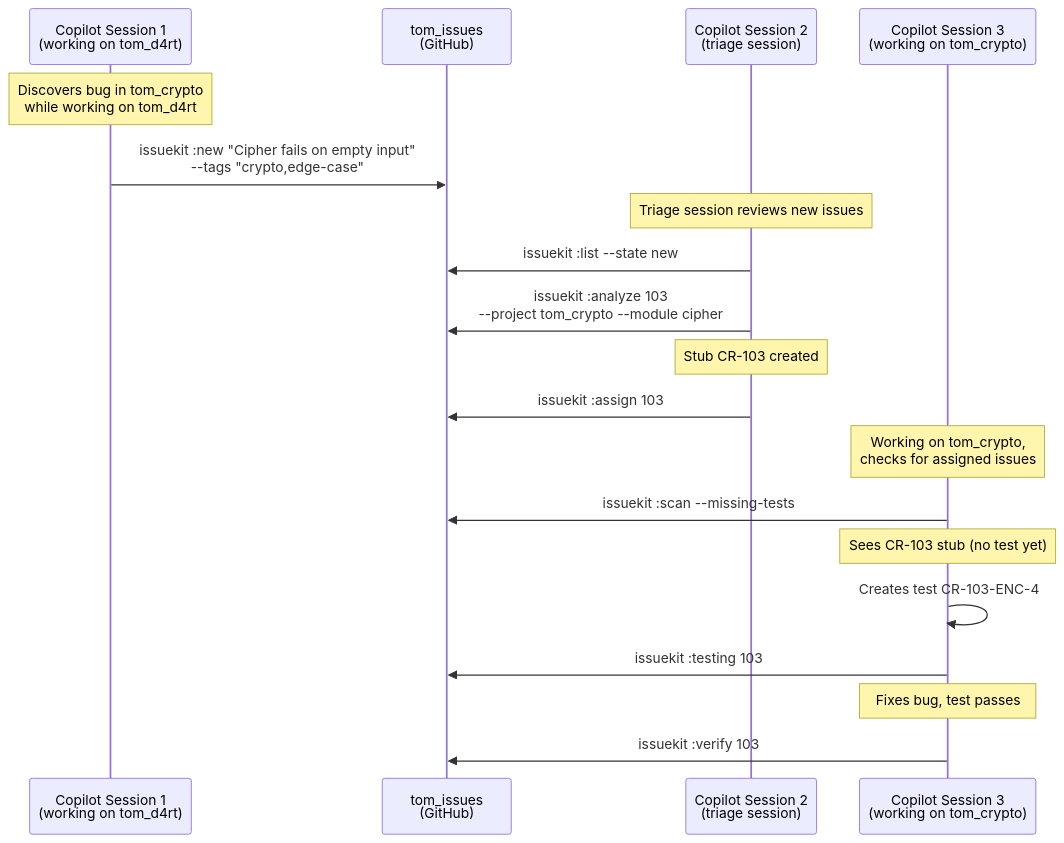
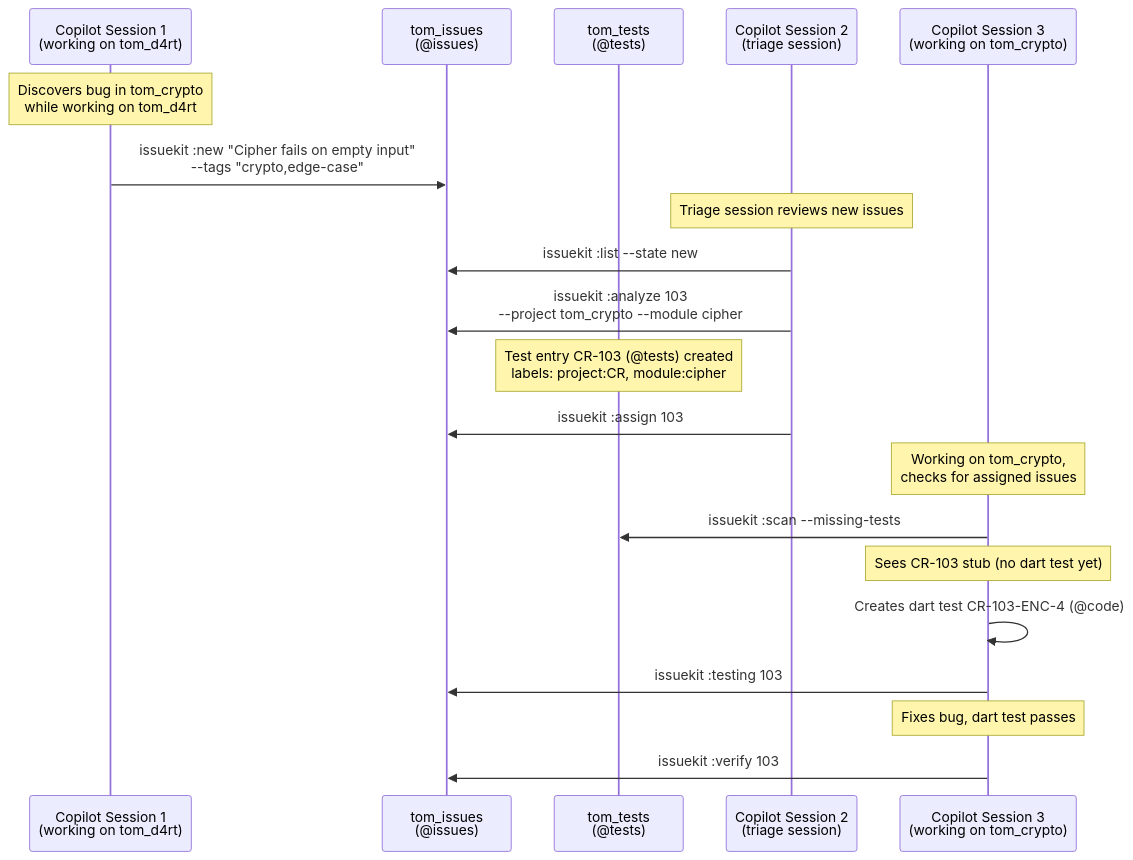
Before and after one commit to al-the-bear/tom_module_basics: the sixth of 10 diagrams in tom_issue_kit/doc/issue_tracking.md, drawn with Mermaid. The commit also changed other lines of this file and 1 other file, not shown here.

First line of the commit message:
docs: architectural redesign — two issue trackers, @issues/@tests/@code terminology, nightly backup

````diff
--- a/tom_issue_kit/doc/issue_tracking.md
+++ b/tom_issue_kit/doc/issue_tracking.md
@@ -625,24 +723,25 @@
 ```mermaid
 sequenceDiagram
     participant C1 as Copilot Session 1<br/>(working on tom_d4rt)
-    participant GH as tom_issues<br/>(GitHub)
+    participant GH1 as tom_issues<br/>(@issues)
+    participant GH2 as tom_tests<br/>(@tests)
     participant C2 as Copilot Session 2<br/>(triage session)
     participant C3 as Copilot Session 3<br/>(working on tom_crypto)
 
     Note over C1: Discovers bug in tom_crypto<br/>while working on tom_d4rt
-    C1->>GH: issuekit :new "Cipher fails on empty input"<br/>--tags "crypto,edge-case"
+    C1->>GH1: issuekit :new "Cipher fails on empty input"<br/>--tags "crypto,edge-case"
 
     Note over C2: Triage session reviews new issues
-    C2->>GH: issuekit :list --state new
-    C2->>GH: issuekit :analyze 103<br/>--project tom_crypto --module cipher
-    Note over C2: Stub CR-103 created
-    C2->>GH: issuekit :assign 103
+    C2->>GH1: issuekit :list --state new
+    C2->>GH1: issuekit :analyze 103<br/>--project tom_crypto --module cipher
+    Note over GH2: Test entry CR-103 (@tests) created<br/>labels: project:CR, module:cipher
+    C2->>GH1: issuekit :assign 103
 
     Note over C3: Working on tom_crypto,<br/>checks for assigned issues
-    C3->>GH: issuekit :scan --missing-tests
-    Note over C3: Sees CR-103 stub (no test yet)
-    C3->>C3: Creates test CR-103-ENC-4
-    C3->>GH: issuekit :testing 103
-    Note over C3: Fixes bug, test passes
-    C3->>GH: issuekit :verify 103
+    C3->>GH2: issuekit :scan --missing-tests
+    Note over C3: Sees CR-103 stub (no dart test yet)
+    C3->>C3: Creates dart test CR-103-ENC-4 (@code)
+    C3->>GH1: issuekit :testing 103
+    Note over C3: Fixes bug, dart test passes
+    C3->>GH1: issuekit :verify 103
 ```
````
